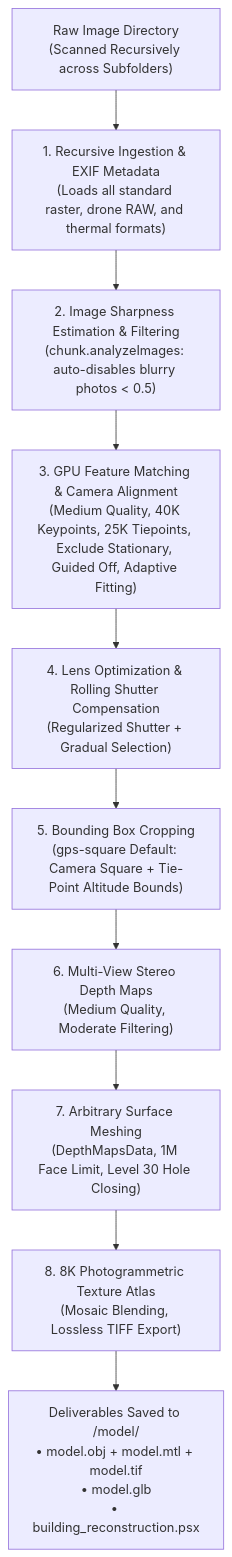
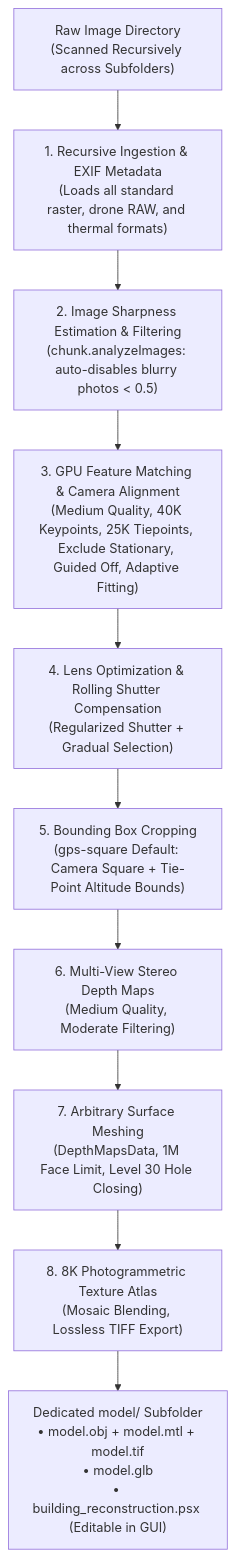
One commit to ngviettam82/AutoMetashape changed the diagram in skills/user/image-to-3d-model/SKILL.md. Above: the diagram before and after it, drawn with Mermaid. The commit also changed other lines of this file and 2 other files, not shown here.

Commit message:
feat: Add standalone metashape export script and document GUI project modification workflow

````diff
--- a/skills/user/image-to-3d-model/SKILL.md
+++ b/skills/user/image-to-3d-model/SKILL.md
@@ -36,12 +36,12 @@
 ```mermaid
 flowchart TD
     A["Raw Image Directory<br/>(Scanned Recursively across Subfolders)"] --> B["1. Recursive Ingestion & EXIF Metadata<br/>(Loads all standard raster, drone RAW, and thermal formats)"]
     B --> C["2. Image Sharpness Estimation & Filtering<br/>(chunk.analyzeImages: auto-disables blurry photos < 0.5)"]
     C --> D["3. GPU Feature Matching & Camera Alignment<br/>(Medium Quality, 40K Keypoints, 25K Tiepoints, Exclude Stationary, Guided Off, Adaptive Fitting)"]
     D --> E["4. Lens Optimization & Rolling Shutter Compensation<br/>(Regularized Shutter + Gradual Selection)"]
     E --> F["5. Bounding Box Cropping<br/>(gps-square Default: Camera Square + Tie-Point Altitude Bounds)"]
     F --> G["6. Multi-View Stereo Depth Maps<br/>(Medium Quality, Moderate Filtering)"]
     G --> H["7. Arbitrary Surface Meshing<br/>(DepthMapsData, 1M Face Limit, Level 30 Hole Closing)"]
     H --> I["8. 8K Photogrammetric Texture Atlas<br/>(Mosaic Blending, Lossless TIFF Export)"]
-    I --> J["Deliverables Saved to <images_dir>/model/<br/>• model.obj + model.mtl + model.tif<br/>• model.glb<br/>• building_reconstruction.psx"]
+    I --> J["Dedicated model/ Subfolder<br/>• model.obj + model.mtl + model.tif<br/>• model.glb<br/>• building_reconstruction.psx (Editable in GUI)"]
 ```
````
